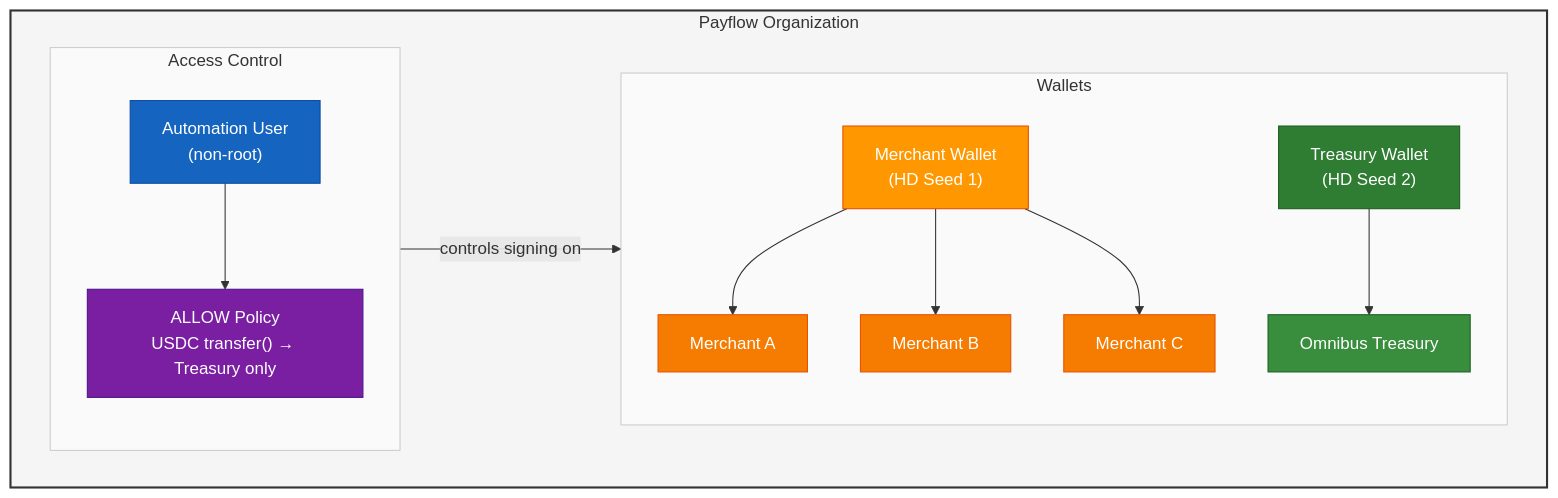
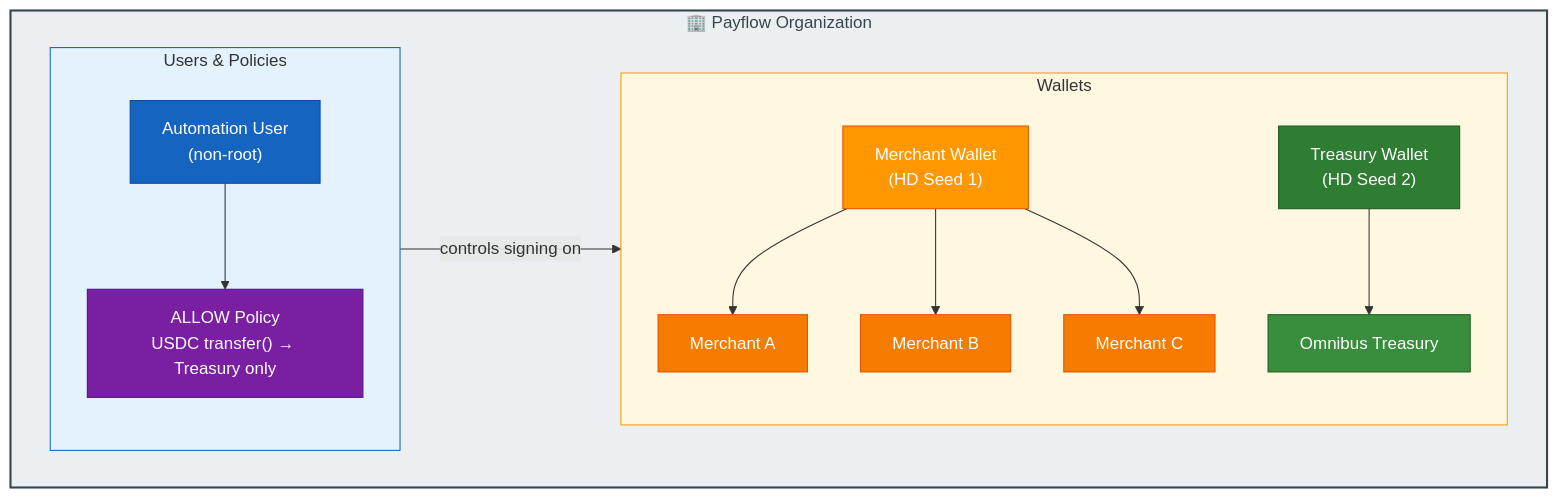
Before and after one commit to tkhq/sdk: the first of 2 diagrams in examples/payflow-demo/docs/payflow-readout.md, drawn with Mermaid. The commit also changed 1 other file, not shown here.

Commit message:
Link readout from README, label org diagram subgroups clearly
- Add link to Customer Readout doc from main README
- Rename subgroups to 'Wallets' and 'Users & Policies' with distinct background colors
- Add org-level wrapper styling so the hierarchy reads top-down

````diff
--- a/examples/payflow-demo/docs/payflow-readout.md
+++ b/examples/payflow-demo/docs/payflow-readout.md
@@ -29,33 +29,33 @@
 ```mermaid
 graph LR
-    subgraph Org["Payflow Organization"]
+    subgraph Org["🏢 Payflow Organization"]
         direction LR
 
-        subgraph Keys["Wallets"]
+        subgraph Wallets["Wallets"]
             direction TB
             MW["Merchant Wallet\n(HD Seed 1)"] --> M0["Merchant A"]
             MW --> M1["Merchant B"]
             MW --> M2["Merchant C"]
             TW["Treasury Wallet\n(HD Seed 2)"] --> T["Omnibus Treasury"]
         end
 
-        subgraph Access["Access Control"]
+        subgraph Users["Users & Policies"]
             direction TB
             AU["Automation User\n(non-root)"] --> P["ALLOW Policy\nUSDC transfer() → Treasury only"]
         end
 
-        Access -- "controls signing on" --> Keys
+        Users -- "controls signing on" --> Wallets
     end
 
-    style Org fill:#f5f5f5,stroke:#333,stroke-width:2px
-    style Keys fill:#fafafa,stroke:#ccc
-    style Access fill:#fafafa,stroke:#ccc
+    style Org fill:#eceff1,stroke:#37474f,stroke-width:2px,color:#37474f
+    style Wallets fill:#fff8e1,stroke:#ff9800,stroke-width:1px
+    style Users fill:#e3f2fd,stroke:#1565c0,stroke-width:1px
     style MW fill:#ff9800,stroke:#e65100,color:#fff
     style M0 fill:#f57c00,stroke:#e65100,color:#fff
     style M1 fill:#f57c00,stroke:#e65100,color:#fff
     style M2 fill:#f57c00,stroke:#e65100,color:#fff
     style TW fill:#2e7d32,stroke:#1b5e20,color:#fff
     style T fill:#388e3c,stroke:#1b5e20,color:#fff
     style AU fill:#1565c0,stroke:#0d47a1,color:#fff
     style P fill:#7b1fa2,stroke:#4a148c,color:#fff
 ```
````
